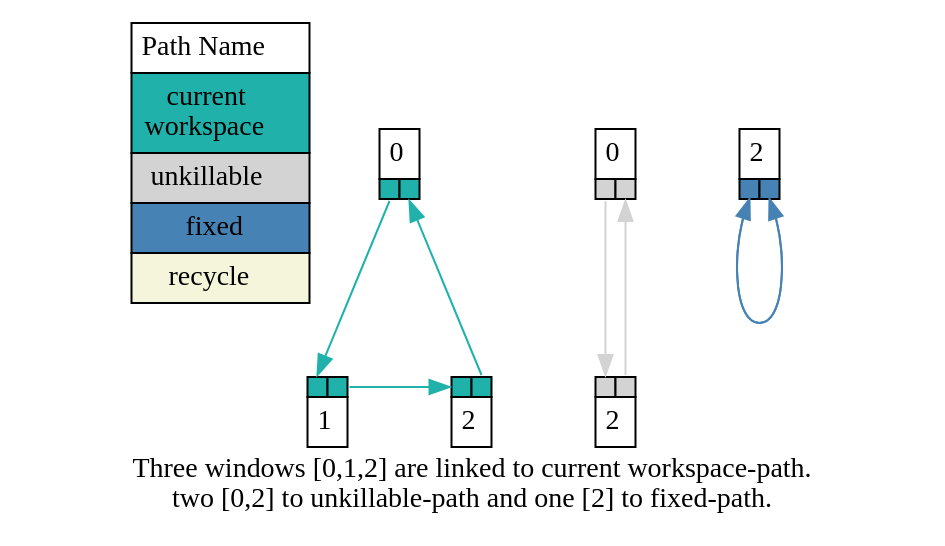
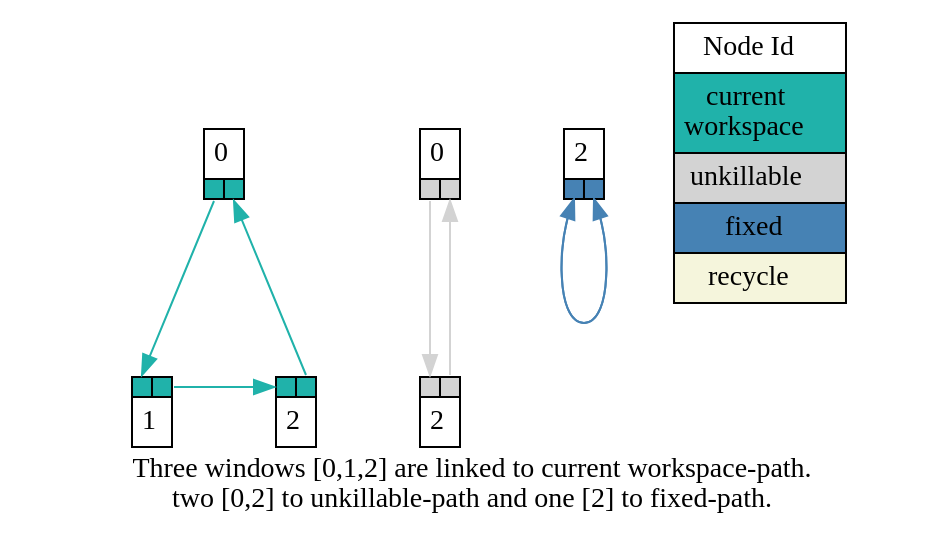
Before and after one commit to netcrop/2bwm: the diagram in src/data1.gv, drawn with Graphviz. The commit also changed 12 other files, not shown here.

```diff
--- a/src/data1.gv
+++ b/src/data1.gv
@@ -1,94 +1,93 @@
 digraph ports {
-    { rank=same;note}
-    { rank=same;n0;n3;n5}
-    { rank=same;n1;n2;n4}
+    { rank=same;n0;n3;n5;note}
+    { rank=same;n1;n2;n4;}
     splines=polyline;
     n0 [shape=none,margin=0,label=<
     <table border="0" cellborder="1" cellspacing="0" cellpadding="4">
         <tr>
             <td colspan="2">0</td>
         </tr>
         <tr>
             <td port="1" bgcolor="lightseagreen"></td>
             <td port="2" bgcolor="lightseagreen"></td>
         </tr>
     </table>>];
     n1 [shape=none,margin=0,label=<
     <table border="0" cellborder="1" cellspacing="0" cellpadding="4">
         <tr>
             <td port="1" bgcolor="lightseagreen"></td>
             <td port="2" bgcolor="lightseagreen"></td>
         </tr>
         <tr>
             <td colspan="2">1</td>
         </tr>
     </table>>];
     n2 [shape=none,margin=0,label=<
     <table border="0" cellborder="1" cellspacing="0" cellpadding="4">
         <tr>
             <td port="1" bgcolor="lightseagreen"></td>
             <td port="2" bgcolor="lightseagreen"></td>
         </tr>
         <tr>
             <td colspan="2">2</td>
         </tr>
     </table>>];
     n3 [shape=none,margin=0,label=<
     <table border="0" cellborder="1" cellspacing="0" cellpadding="4">
         <tr>
             <td colspan="2">0</td>
         </tr>
         <tr>
             <td port="1" bgcolor="lightgrey"></td>
             <td port="2" bgcolor="lightgrey"></td>
         </tr>
     </table>>];
     n4 [shape=none,margin=0,label=<
     <table border="0" cellborder="1" cellspacing="0" cellpadding="4">
         <tr>
             <td port="1" bgcolor="lightgrey"></td>
             <td port="2" bgcolor="lightgrey"></td>
         </tr>
         <tr>
             <td colspan="2">2</td>
         </tr>
     </table>>];
     n5 [shape=none,margin=0,label=<
     <table border="0" cellborder="1" cellspacing="0" cellpadding="4">
         <tr>
             <td colspan="2">2</td>
         </tr>
         <tr>
             <td port="1" bgcolor="steelblue"></td>
             <td port="2" bgcolor="steelblue"></td>
         </tr>
     </table>>];
     note [shape=none,margin=0,label=<
     <table border="0" cellborder="1" cellspacing="0" cellpadding="4">
         <tr>
-            <td colspan="2" bgcolor="white">Path Name</td>
+            <td colspan="2" bgcolor="white">Node Id</td>
         </tr>
         <tr>
             <td colspan="2" bgcolor="lightseagreen">current<br/>workspace</td>
         </tr>
         <tr>
             <td colspan="2" bgcolor="lightgrey">unkillable</td>
         </tr>
         <tr>
             <td colspan="2" bgcolor="steelblue">fixed</td>
         </tr>
         <tr>
             <td colspan="2" bgcolor="beige">recycle</td>
         </tr>
     </table>>];
 
     n0:1 -> n1:1 [arrowhead=normal,color=lightseagreen;weight=10;];
     n1:2 -> n2:1 [arrowhead=normal,color=lightseagreen;weight=10];
     n2:2 -> n0:2 [arrowhead=normal,color=lightseagreen;weight=10];
     n3:1 -> n4:1 [arrowhead=normal,color=lightgrey;weight=10];
     n4:2 -> n3:2 [arrowhead=normal,color=lightgrey;weight=10];
     n5:1:s -> n5:2:s [arrowhead=normal,color=steelblue;weight=10];
     n5:2:s -> n5:1:s [arrowhead=normal,color=steelblue;weight=10];
 label = "Three windows [0,1,2] are linked to current workspace-path.
 two [0,2] to unkillable-path and one [2] to fixed-path.";
 }
```
